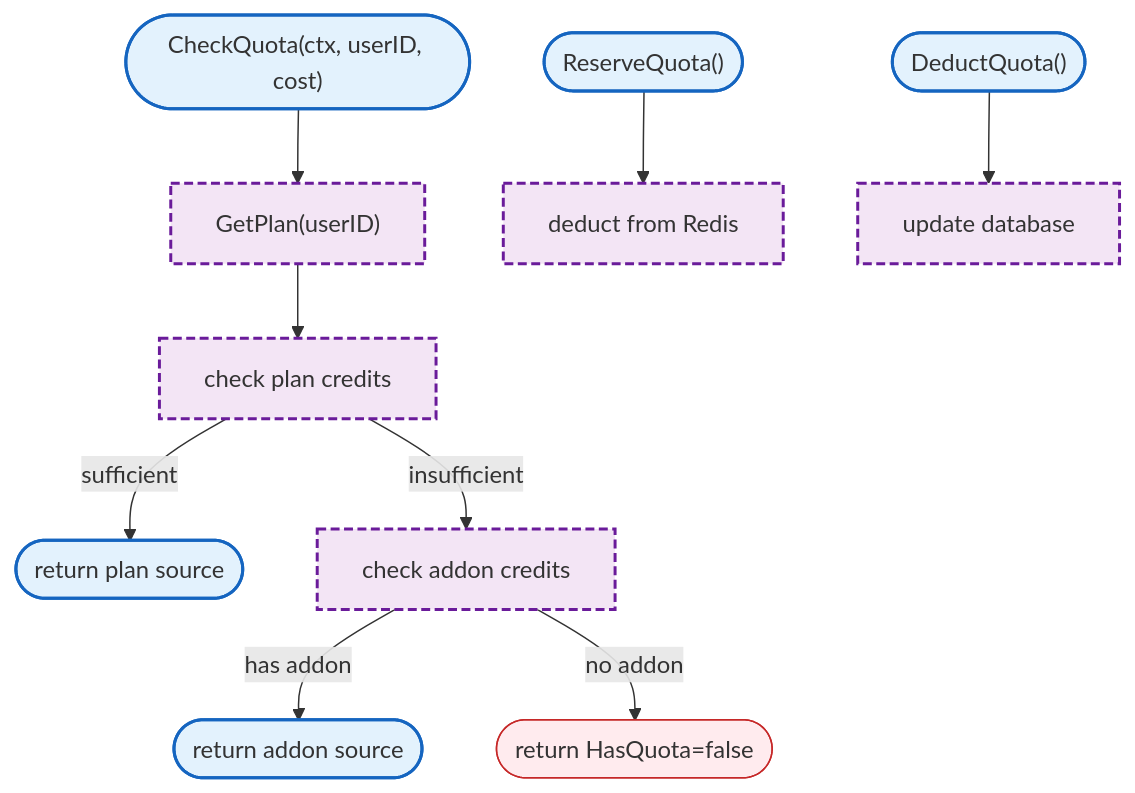
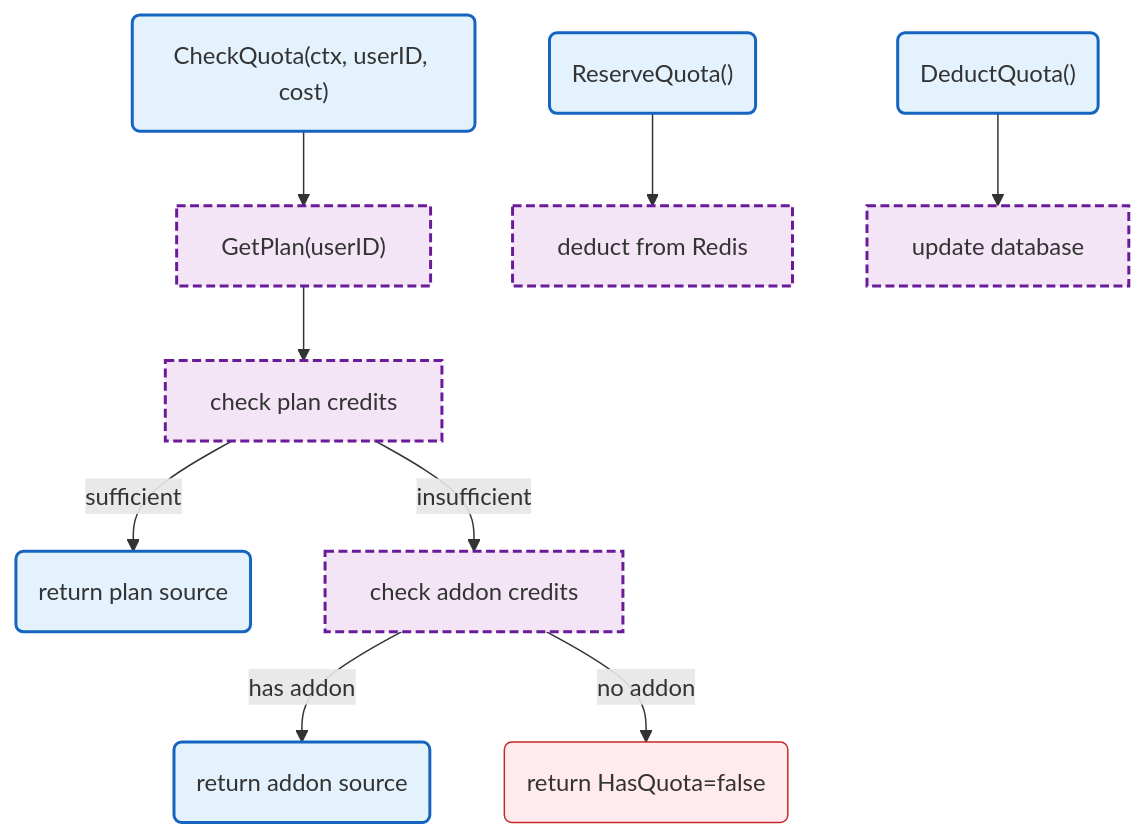
The diagram in docs/internal/llm-proxy/quota.md (radch-ai/ava), drawn with Mermaid before and after one commit. The commit also changed 24 other files, not shown here.

First line of the commit message:
fix(docs): fix mermaid syntax errors in all diagrams

````diff
--- a/docs/internal/llm-proxy/quota.md
+++ b/docs/internal/llm-proxy/quota.md
@@ -7,20 +7,20 @@
 ```mermaid
 flowchart TB
-    Start(["CheckQuota(ctx, userID, cost)"]) --> GetPlan["GetPlan(userID)"]
+    Start("CheckQuota(ctx, userID, cost)") --> GetPlan["GetPlan(userID)"]
     GetPlan --> CheckPlan["check plan credits"]
-    CheckPlan -->|sufficient| ReturnPlan(["return plan source"])
+    CheckPlan -->|sufficient| ReturnPlan("return plan source")
     CheckPlan -->|insufficient| CheckAddon["check addon credits"]
-    CheckAddon -->|has addon| ReturnAddon(["return addon source"])
-    CheckAddon -->|no addon| NoQuota(["return HasQuota=false"])
+    CheckAddon -->|has addon| ReturnAddon("return addon source")
+    CheckAddon -->|no addon| NoQuota("return HasQuota=false")
 
-    Reserve(["ReserveQuota()"]) --> DeductRedis["deduct from Redis"]
-    Deduct(["DeductQuota()"]) --> UpdateDB["update database"]
+    Reserve("ReserveQuota()") --> DeductRedis["deduct from Redis"]
+    Deduct("DeductQuota()") --> UpdateDB["update database"]
 
     classDef mainFn fill:#e3f2fd,stroke:#1565c0,stroke-width:2px
     classDef internalFn fill:#f3e5f5,stroke:#6a1b9a,stroke-width:2px,stroke-dasharray:6 3
     classDef errorFlow fill:#ffebee,stroke:#c62828,stroke-width:1px
 
     class Start,Reserve,Deduct,ReturnPlan,ReturnAddon mainFn
     class GetPlan,CheckPlan,CheckAddon,DeductRedis,UpdateDB internalFn
     class NoQuota errorFlow
 ```
````
